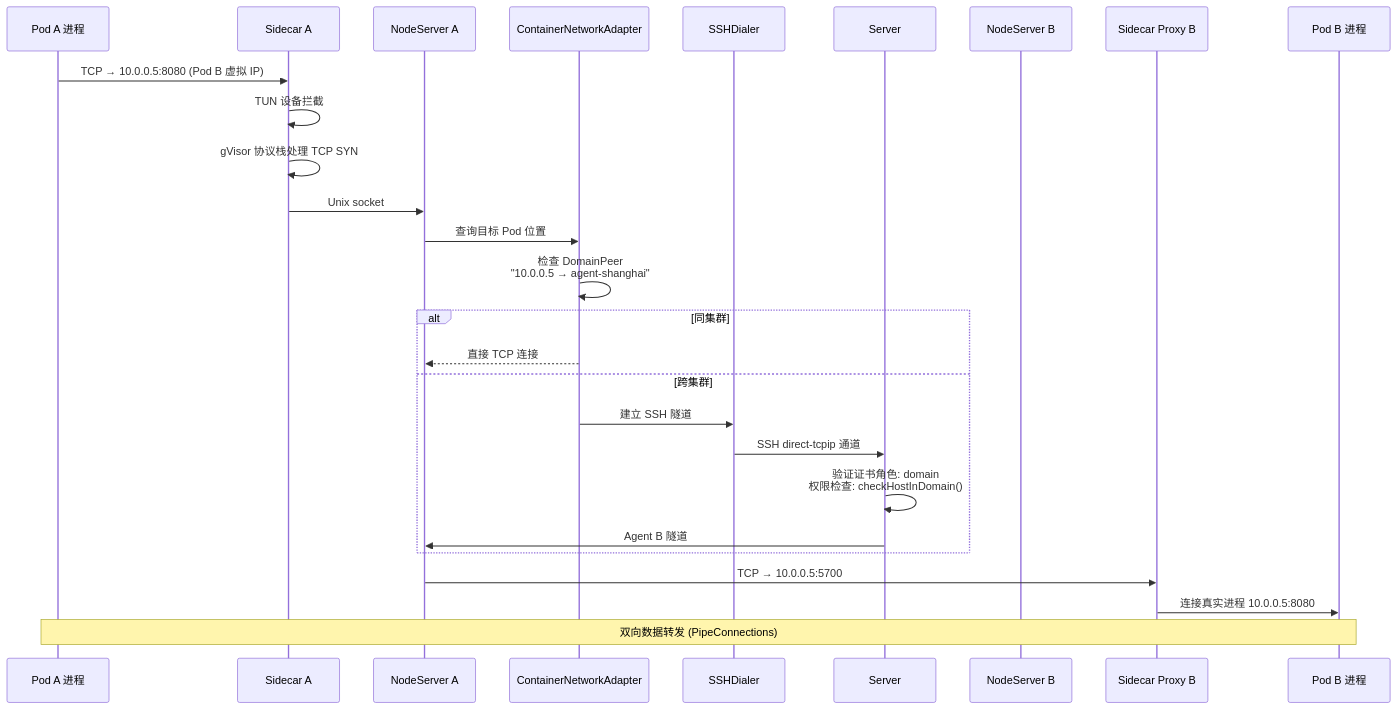
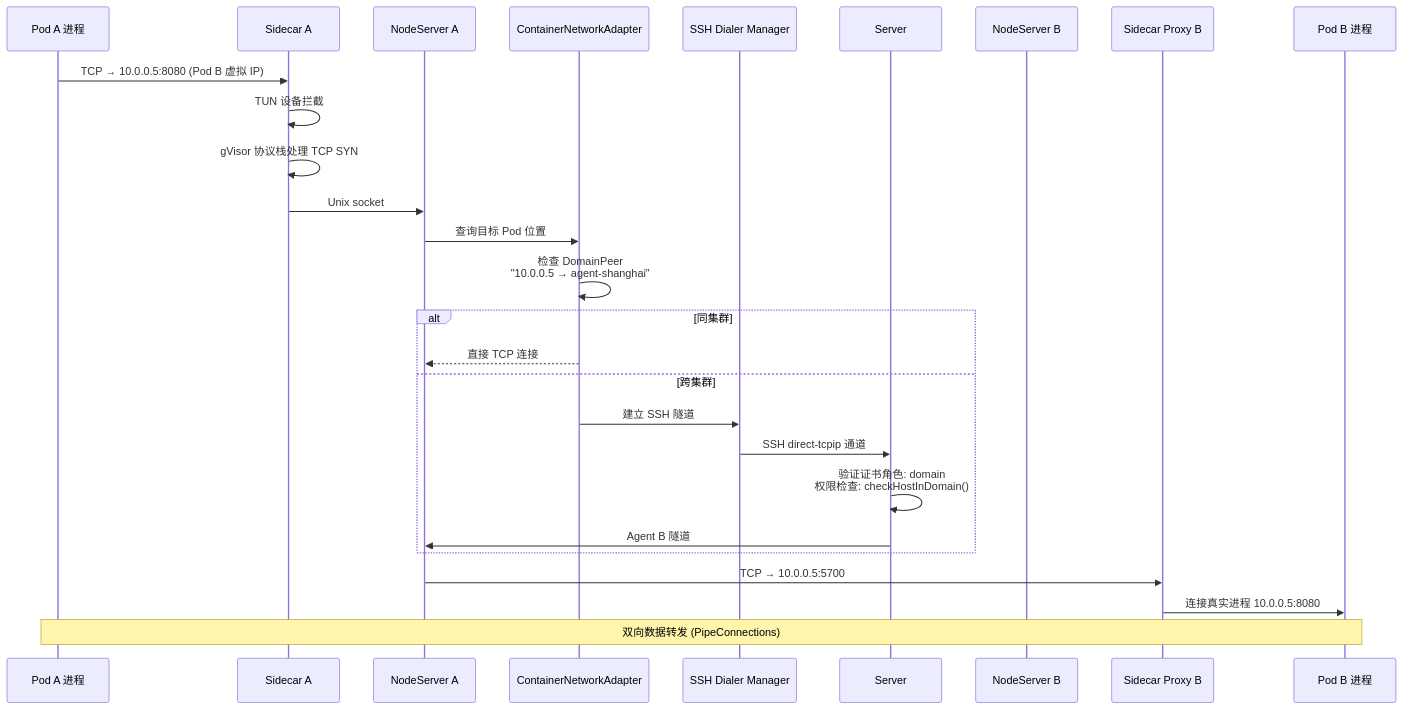
The fifth of 8 diagrams in apps/rlark/docs/zh/architecture.md (RLinf/RLark), drawn with Mermaid before and after one commit. The commit also changed other lines of this file and 20 other files, not shown here.

First line of the commit message:
feat: improve networking, deployment, and roadmap (#11)

````diff
--- a/apps/rlark/docs/zh/architecture.md
+++ b/apps/rlark/docs/zh/architecture.md
@@ -235,30 +241,30 @@
 ```mermaid
 sequenceDiagram
     participant PA as Pod A 进程
     participant SA as Sidecar A
     participant NS as NodeServer A
     participant CNA as ContainerNetworkAdapter
-    participant SD as SSHDialer
+    participant SD as SSH Dialer Manager
     participant SRV as Server
     participant NB as NodeServer B
     participant SB as Sidecar Proxy B
     participant PB as Pod B 进程
 
     PA->>SA: TCP → 10.0.0.5:8080 (Pod B 虚拟 IP)
     SA->>SA: TUN 设备拦截
     SA->>SA: gVisor 协议栈处理 TCP SYN
     SA->>NS: Unix socket
     NS->>CNA: 查询目标 Pod 位置
     CNA->>CNA: 检查 DomainPeer<br/>"10.0.0.5 → agent-shanghai"
     alt 同集群
         CNA-->>NS: 直接 TCP 连接
     else 跨集群
         CNA->>SD: 建立 SSH 隧道
         SD->>SRV: SSH direct-tcpip 通道
         SRV->>SRV: 验证证书角色: domain<br/>权限检查: checkHostInDomain()
         SRV->>NS: Agent B 隧道
     end
     NS->>SB: TCP → 10.0.0.5:5700
     SB->>PB: 连接真实进程 10.0.0.5:8080
     Note over PA,PB: 双向数据转发 (PipeConnections)
 ```
````
